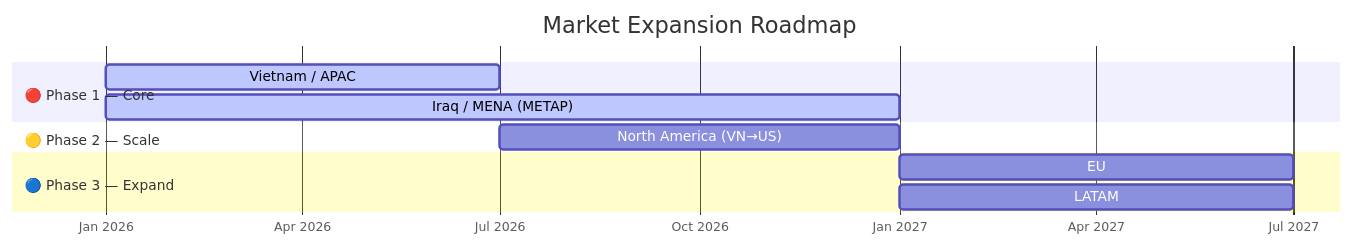
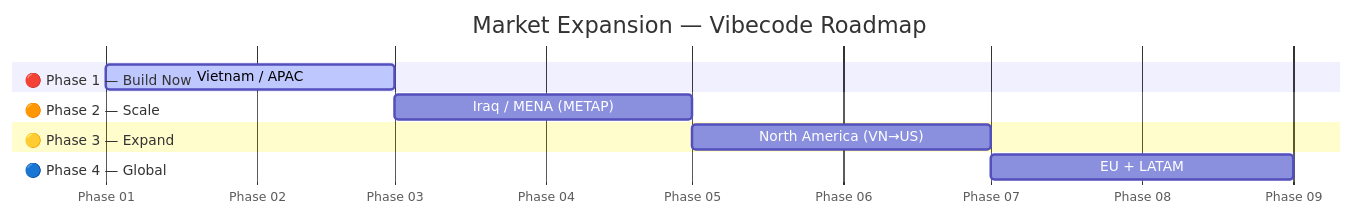
The first of 5 diagrams in product_roadmap.md (samdao39/creative-score-roadmap), drawn with Mermaid before and after one commit. The commit also changed other lines of this file, not shown here.

Commit message:
Update roadmap: vibecode timeline, market per phase, country details, pain points moved up

````diff
--- a/product_roadmap.md
+++ b/product_roadmap.md
@@ -23,17 +26,15 @@
 ```mermaid
 gantt
-    title Market Expansion Roadmap
+    title Market Expansion — Vibecode Roadmap
     dateFormat YYYY-MM
-    axisFormat %b %Y
+    axisFormat Phase %m
 
-    section 🔴 Phase 1 — Core
-    Vietnam / APAC         :active, apac, 2026-01, 6M
-    Iraq / MENA (METAP)    :active, mena, 2026-01, 12M
-
-    section 🟡 Phase 2 — Scale
-    North America (VN→US)  :na, 2026-07, 6M
-
-    section 🔵 Phase 3 — Expand
-    EU                     :eu, 2027-01, 6M
-    LATAM                  :latam, 2027-01, 6M
+    section 🔴 Phase 1 — Build Now
+    Vietnam / APAC          :active, apac,  2026-01, 2M
+    section 🟠 Phase 2 — Scale
+    Iraq / MENA (METAP)     :mena,  2026-03, 2M
+    section 🟡 Phase 3 — Expand
+    North America (VN→US)   :na,    2026-05, 2M
+    section 🔵 Phase 4 — Global
+    EU + LATAM              :eu,    2026-07, 2M
 ```
````
